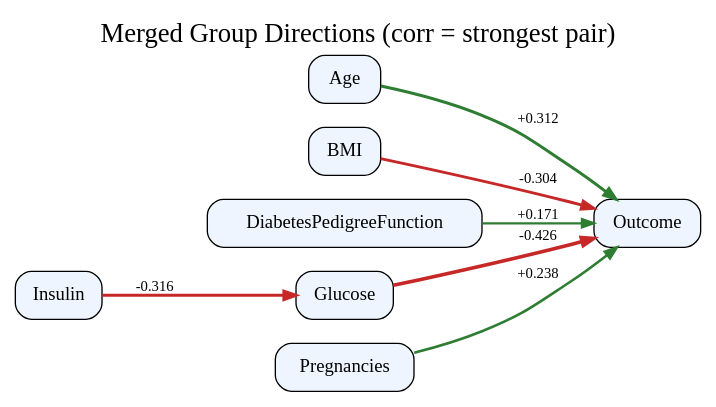
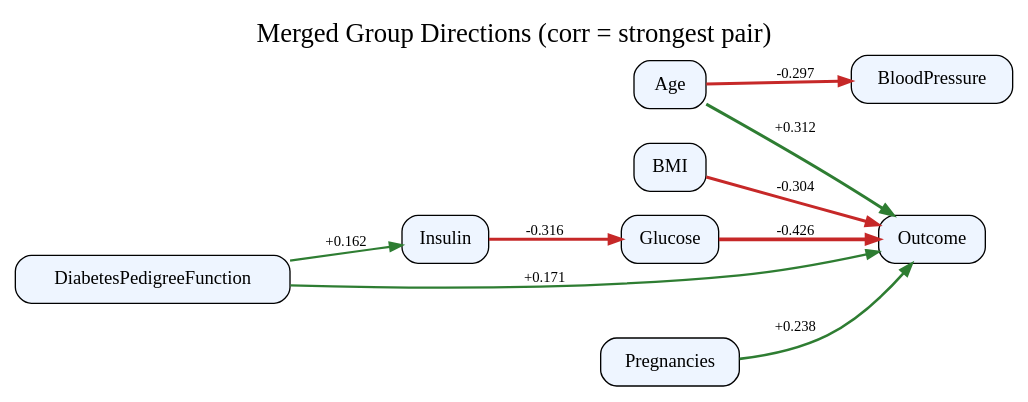
Before and after one commit to AKANEMO22/MedTCAX-Causal-Argumentative-Explainability: the diagram in causal_argumentation-main/outputs_diabetes/fci_experiment/merged_groups_fci_weighted.dot, drawn with Graphviz. The commit also changed 28 other files, not shown here.

```diff
--- a/causal_argumentation-main/outputs_diabetes/fci_experiment/merged_groups_fci_weighted.dot
+++ b/causal_argumentation-main/outputs_diabetes/fci_experiment/merged_groups_fci_weighted.dot
@@ -1,19 +1,22 @@
 digraph G {
 rankdir=LR;
 label="Merged Group Directions (corr = strongest pair)";
 labelloc=t;
 fontsize=20;
 Age [shape=box, style="rounded,filled", fillcolor="#eef5ff"];
 BMI [shape=box, style="rounded,filled", fillcolor="#eef5ff"];
+BloodPressure [shape=box, style="rounded,filled", fillcolor="#eef5ff"];
 DiabetesPedigreeFunction [shape=box, style="rounded,filled", fillcolor="#eef5ff"];
 Glucose [shape=box, style="rounded,filled", fillcolor="#eef5ff"];
 Insulin [shape=box, style="rounded,filled", fillcolor="#eef5ff"];
 Outcome [shape=box, style="rounded,filled", fillcolor="#eef5ff"];
 Pregnancies [shape=box, style="rounded,filled", fillcolor="#eef5ff"];
+Glucose -> Outcome [arrowsize=0.9, label=" -0.426 ", fontsize=11, color="#c62828", penwidth=2.704437847250545];
+Pregnancies -> Outcome [arrowsize=0.9, label=" +0.238 ", fontsize=11, color="#2e7d32", penwidth=1.9502296895425415];
+DiabetesPedigreeFunction -> Insulin [arrowsize=0.9, label=" +0.162 ", fontsize=11, color="#2e7d32", penwidth=1.6475191296291674];
+DiabetesPedigreeFunction -> Outcome [arrowsize=0.9, label=" +0.171 ", fontsize=11, color="#2e7d32", penwidth=1.6846081083416191];
+Age -> BloodPressure [arrowsize=0.9, label=" -0.297 ", fontsize=11, color="#c62828", penwidth=2.1862795321557043];
+Age -> Outcome [arrowsize=0.9, label=" +0.312 ", fontsize=11, color="#2e7d32", penwidth=2.2484007666221917];
+BMI -> Outcome [arrowsize=0.9, label=" -0.304 ", fontsize=11, color="#c62828", penwidth=2.2165180354858696];
 Insulin -> Glucose [arrowsize=0.9, label=" -0.316 ", fontsize=11, color="#c62828", penwidth=2.2645299600487094];
-Age -> Outcome [arrowsize=0.9, label=" +0.312 ", fontsize=11, color="#2e7d32", penwidth=2.2484007666221917];
-Glucose -> Outcome [arrowsize=0.9, label=" -0.426 ", fontsize=11, color="#c62828", penwidth=2.704437847250545];
-BMI -> Outcome [arrowsize=0.9, label=" -0.304 ", fontsize=11, color="#c62828", penwidth=2.2165180354858696];
-DiabetesPedigreeFunction -> Outcome [arrowsize=0.9, label=" +0.171 ", fontsize=11, color="#2e7d32", penwidth=1.6846081083416191];
-Pregnancies -> Outcome [arrowsize=0.9, label=" +0.238 ", fontsize=11, color="#2e7d32", penwidth=1.9502296895425415];
 }
```
